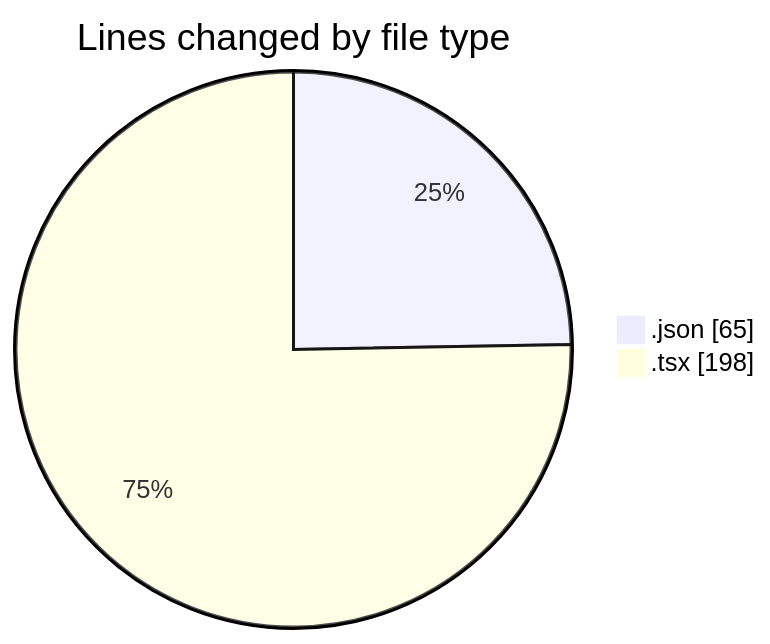
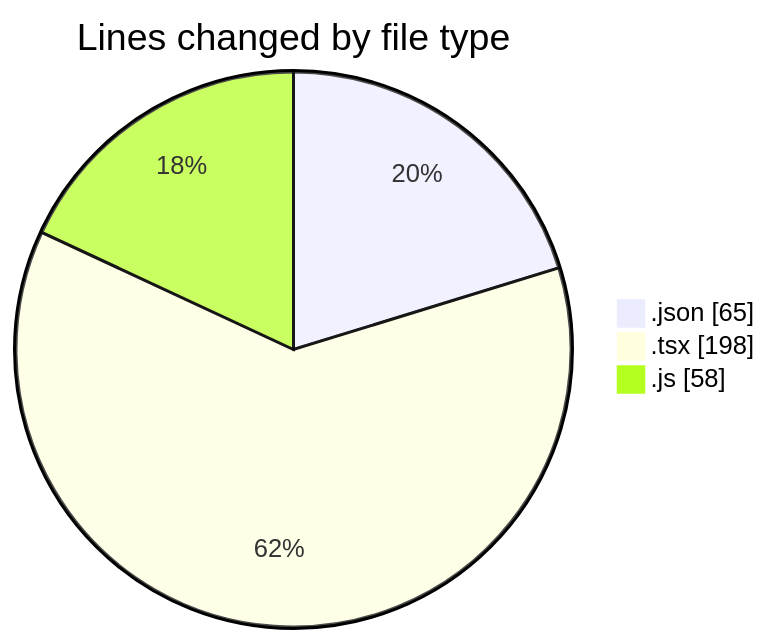
Before and after one commit to momahboobian/code-tracking: the first of 2 diagrams in 2026-04-21/skills/README.md, drawn with Mermaid. The commit also changed other lines of this file and 1 other file, not shown here.

````diff
--- a/2026-04-21/skills/README.md
+++ b/2026-04-21/skills/README.md
@@ -21,6 +22,7 @@
 ```mermaid
 pie showData
 title Lines changed by file type
 ".json" : 65
 ".tsx" : 198
+".js" : 58
 ```
````
